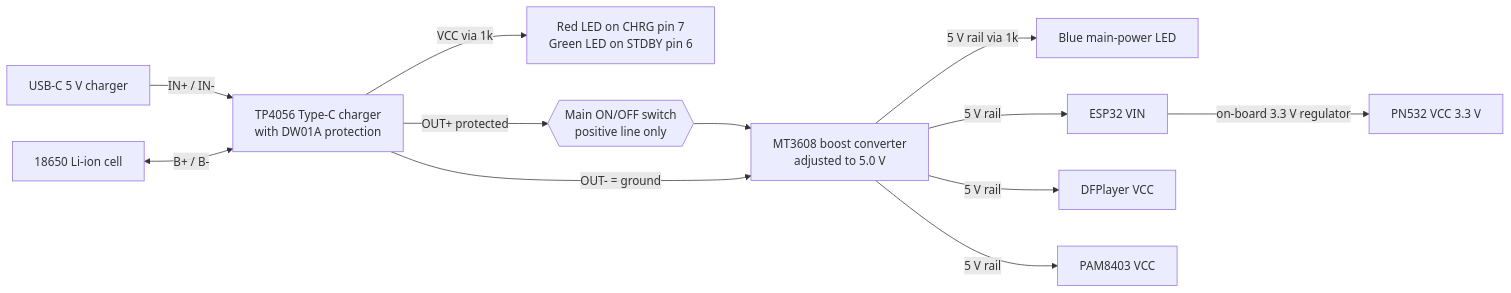
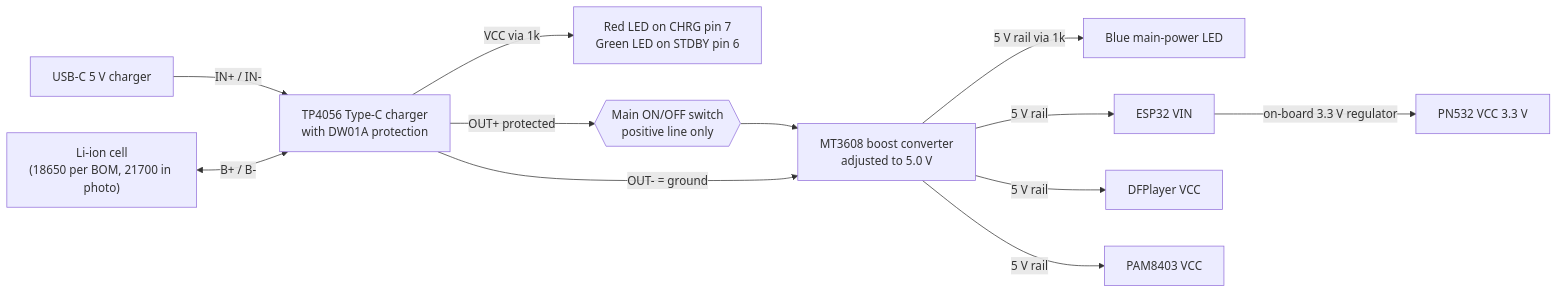
One commit to thrinathpolanki/talking-medicine-label changed the diagram in diagrams/hardware-block-diagram.mmd. Above: the diagram before and after it, drawn with Mermaid.

Commit message:
Update battery description in hardware diagram

```diff
--- a/diagrams/hardware-block-diagram.mmd
+++ b/diagrams/hardware-block-diagram.mmd
@@ -1,12 +1,12 @@
 flowchart LR
   USBC["USB-C 5 V charger"] -->|"IN+ / IN-"| TP
-  BAT["18650 Li-ion cell"] <-->|"B+ / B-"| TP["TP4056 Type-C charger<br/>with DW01A protection"]
+  BAT["Li-ion cell<br/>(18650 per BOM, 21700 in photo)"] <-->|"B+ / B-"| TP["TP4056 Type-C charger<br/>with DW01A protection"]
   TP -->|"VCC via 1k"| LEDS["Red LED on CHRG pin 7<br/>Green LED on STDBY pin 6"]
   TP -->|"OUT+ protected"| SW{{"Main ON/OFF switch<br/>positive line only"}}
   SW --> MT["MT3608 boost converter<br/>adjusted to 5.0 V"]
   TP -->|"OUT- = ground"| MT
   MT -->|"5 V rail via 1k"| BLUE["Blue main-power LED"]
   MT -->|"5 V rail"| ESPV["ESP32 VIN"]
   MT -->|"5 V rail"| DFV["DFPlayer VCC"]
   MT -->|"5 V rail"| PAMV["PAM8403 VCC"]
   ESPV -->|"on-board 3.3 V regulator"| PNV["PN532 VCC 3.3 V"]
```
